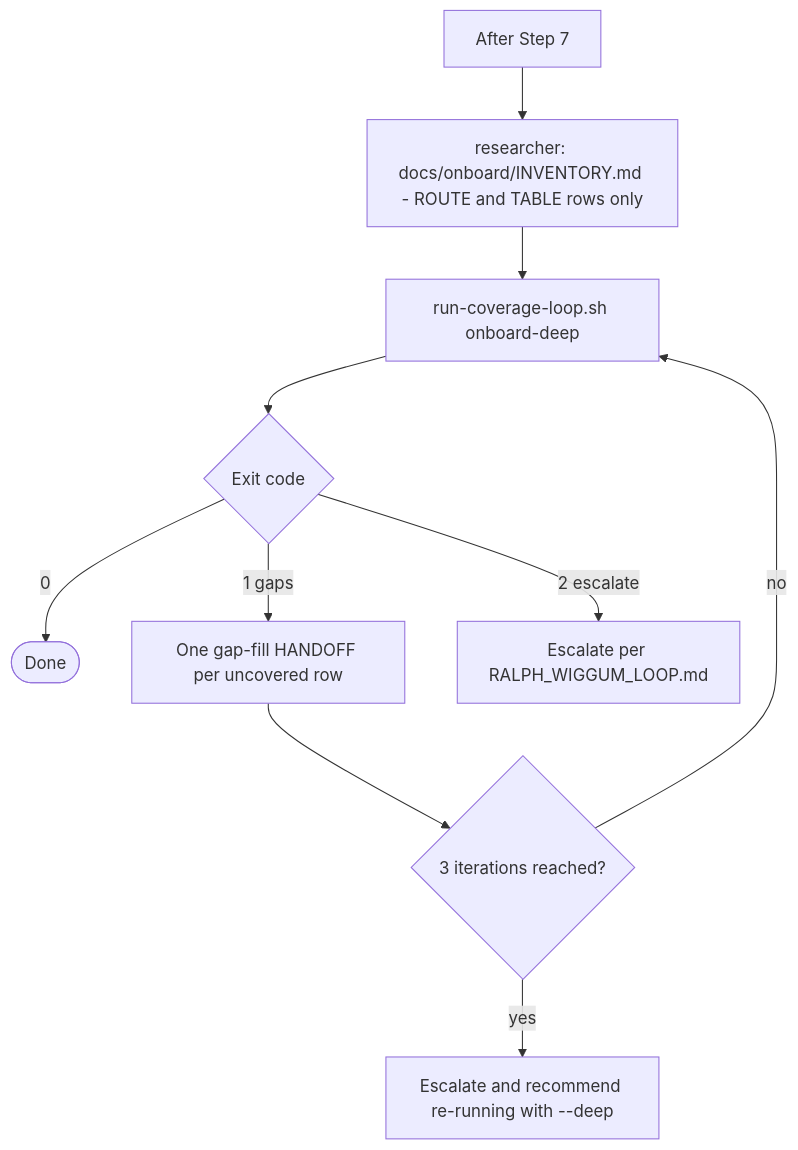
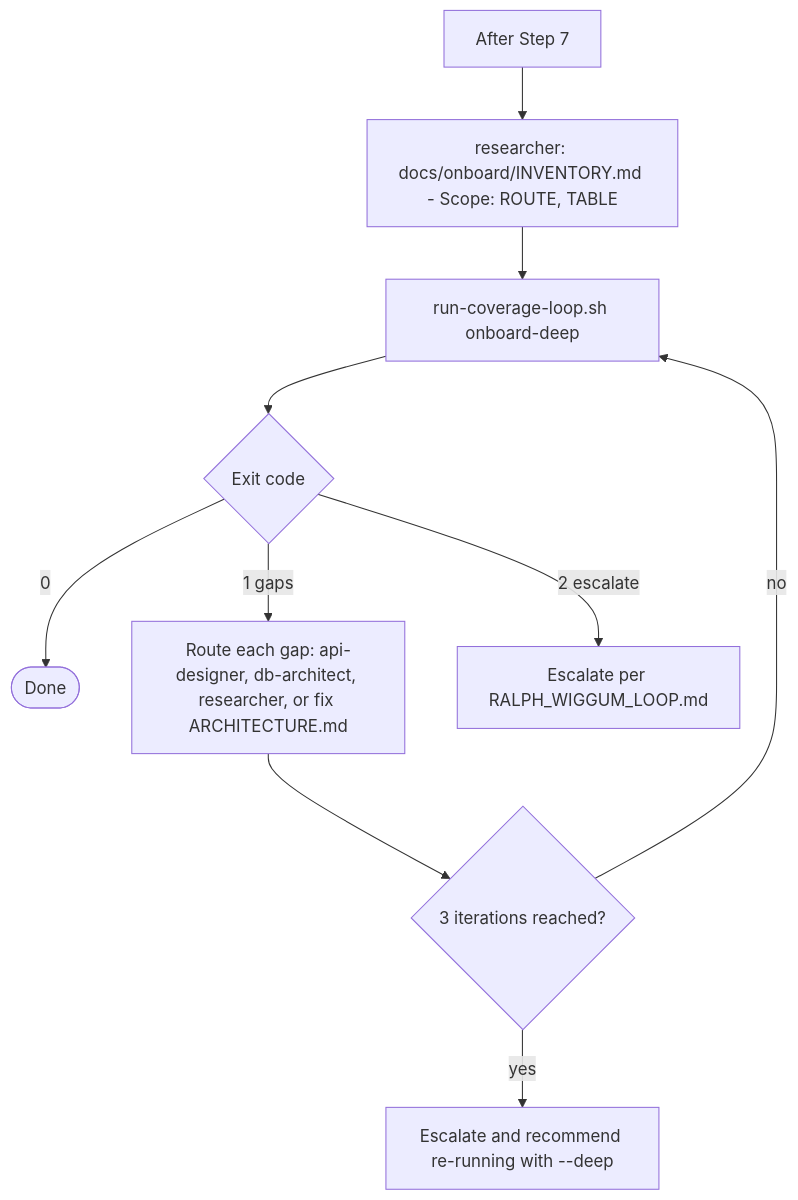
The third of 4 diagrams in docs/flows/onboard.md (bpmforge/attest), drawn with Mermaid before and after one commit. The commit also changed other lines of this file and 7 other files, not shown here.

````diff
--- a/docs/flows/onboard.md
+++ b/docs/flows/onboard.md
@@ -86,12 +86,12 @@
 ```mermaid
 flowchart TD
-    Start[After Step 7] --> Inv["researcher: docs/onboard/INVENTORY.md - ROUTE and TABLE rows only"]
+    Start[After Step 7] --> Inv["researcher: docs/onboard/INVENTORY.md - Scope: ROUTE, TABLE"]
     Inv --> Gate["run-coverage-loop.sh onboard-deep"]
     Gate --> Exit{Exit code}
     Exit -->|0| Done([Done])
-    Exit -->|1 gaps| GapFill[One gap-fill HANDOFF per uncovered row]
+    Exit -->|1 gaps| GapFill["Route each gap: api-designer, db-architect, researcher, or fix ARCHITECTURE.md"]
     GapFill --> Iter{3 iterations reached?}
     Iter -->|no| Gate
     Iter -->|yes| Rec[Escalate and recommend re-running with --deep]
     Exit -->|2 escalate| Esc[Escalate per RALPH_WIGGUM_LOOP.md]
 ```
````
